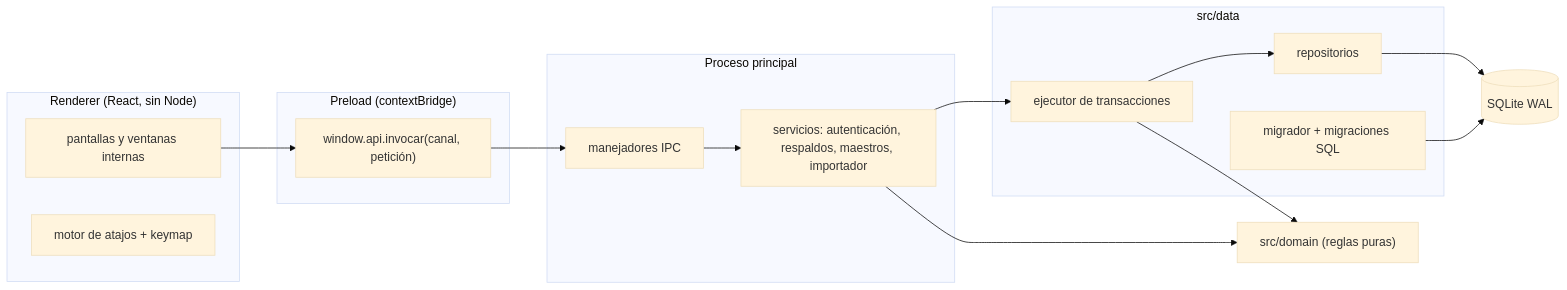
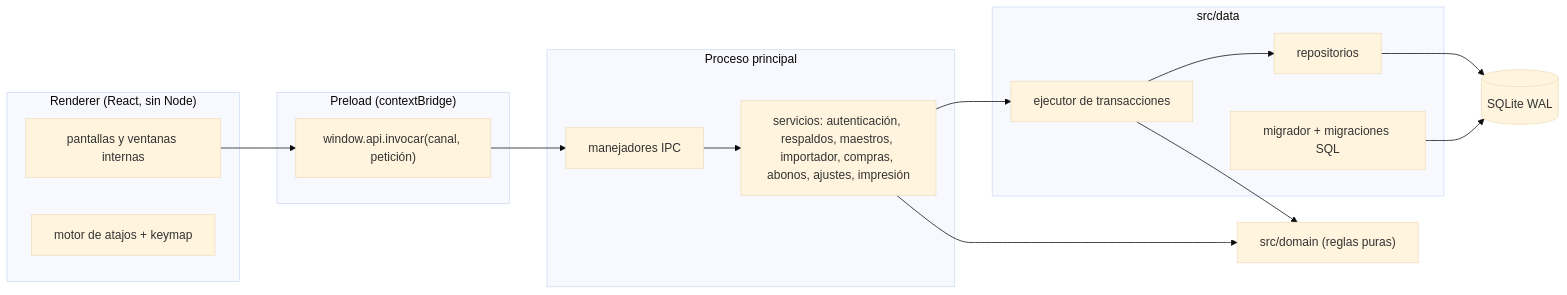
One commit to gabriel2090/saas changed the first of 5 diagrams in docs/ARQUITECTURA.md. Above: the diagram before and after it, drawn with Mermaid (base theme). The commit also changed other lines of this file and 58 other files, not shown here.

Commit message:
Fase 2: compras, abonos y ajustes de inventario con impresion del recibo, decisiones D-59 a D-79

````diff
--- a/docs/ARQUITECTURA.md
+++ b/docs/ARQUITECTURA.md
@@ -7,25 +7,25 @@
 ```mermaid
 flowchart LR
   subgraph Renderer["Renderer (React, sin Node)"]
     UI[pantallas y ventanas internas]
     AT[motor de atajos + keymap]
   end
   subgraph Preload["Preload (contextBridge)"]
     API["window.api.invocar(canal, petición)"]
   end
   subgraph Main["Proceso principal"]
     IPC[manejadores IPC]
-    SRV[servicios: autenticación, respaldos, maestros, importador]
+    SRV[servicios: autenticación, respaldos, maestros, importador, compras, abonos, ajustes, impresión]
   end
   subgraph Data["src/data"]
     TX[ejecutor de transacciones]
     REP[repositorios]
     MIG[migrador + migraciones SQL]
   end
   DOM["src/domain (reglas puras)"]
   DB[(SQLite WAL)]
   UI --> API --> IPC --> SRV --> TX --> REP --> DB
   SRV --> DOM
   TX --> DOM
   MIG --> DB
 ```
````
